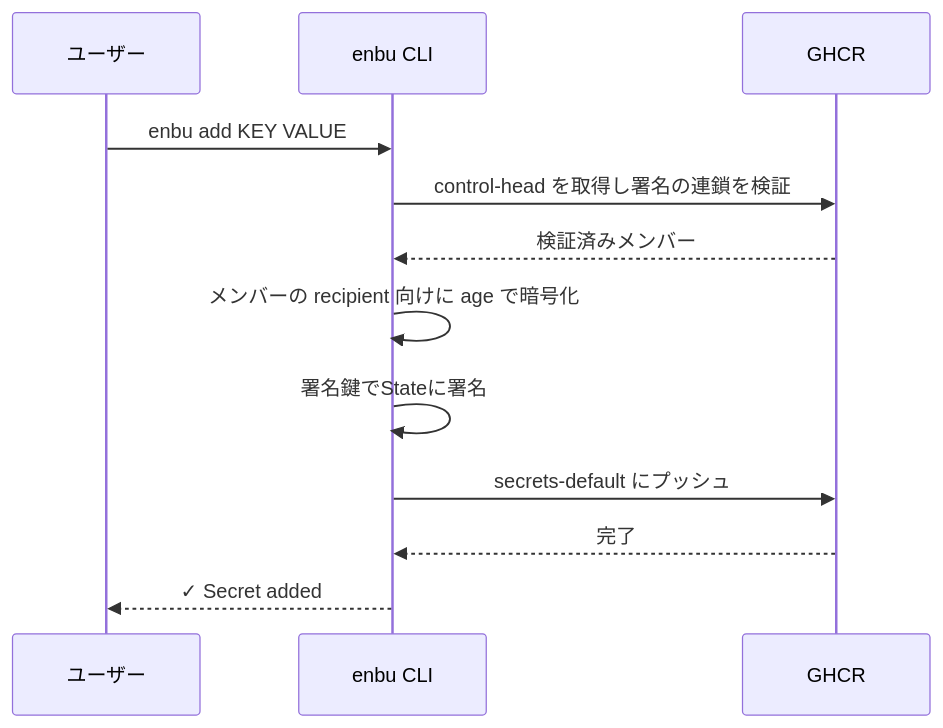
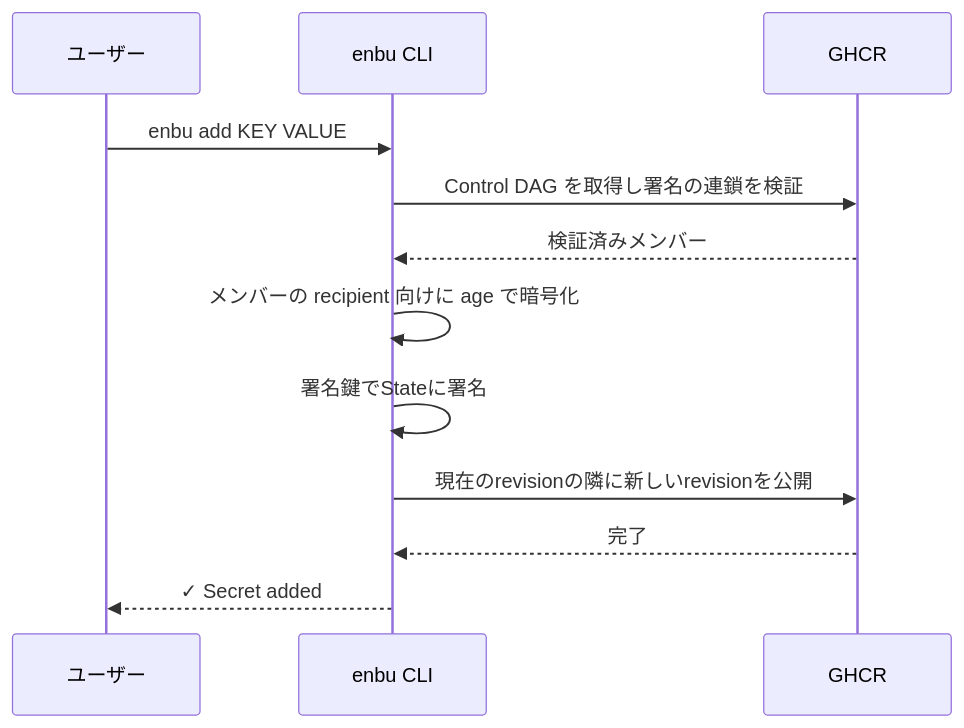
The second of 3 diagrams in README.ja.md (enbu-net/enbu), drawn with Mermaid before and after one commit. The commit also changed other lines of this file and 3 other files, not shown here.

````diff
--- a/README.ja.md
+++ b/README.ja.md
@@ -262,15 +261,15 @@
 ```mermaid
 sequenceDiagram
     participant User as ユーザー
     participant CLI as enbu CLI
     participant GHCR as GHCR
 
     User->>CLI: enbu add KEY VALUE
-    CLI->>GHCR: control-head を取得し署名の連鎖を検証
+    CLI->>GHCR: Control DAG を取得し署名の連鎖を検証
     GHCR-->>CLI: 検証済みメンバー
     CLI->>CLI: メンバーの recipient 向けに age で暗号化
     CLI->>CLI: 署名鍵でStateに署名
-    CLI->>GHCR: secrets-default にプッシュ
+    CLI->>GHCR: 現在のrevisionの隣に新しいrevisionを公開
     GHCR-->>CLI: 完了
     CLI-->>User: ✓ Secret added
 ```
````
